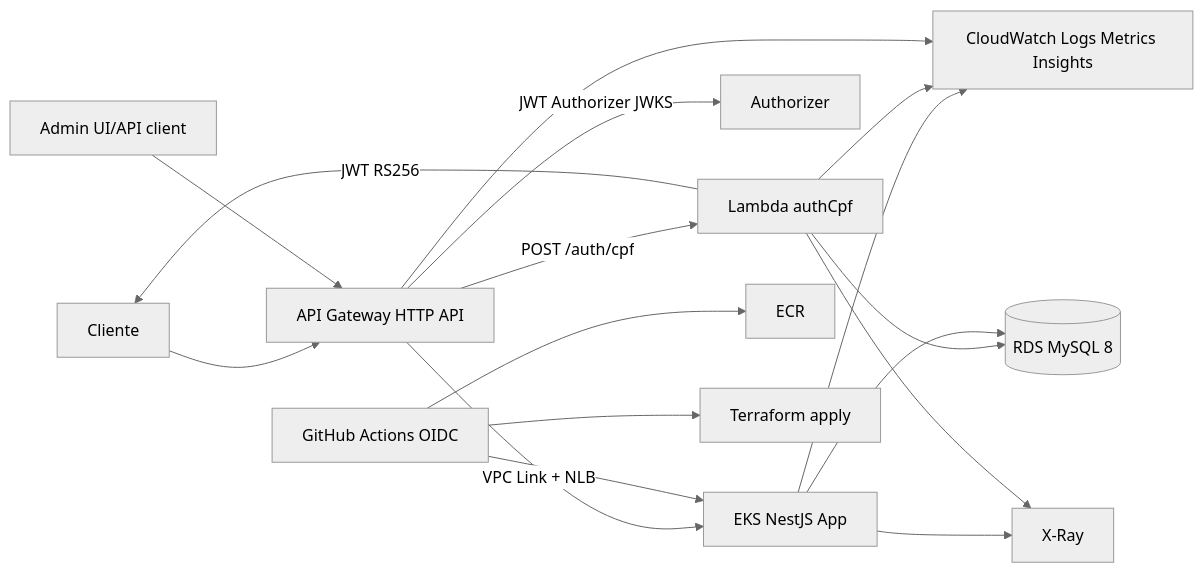
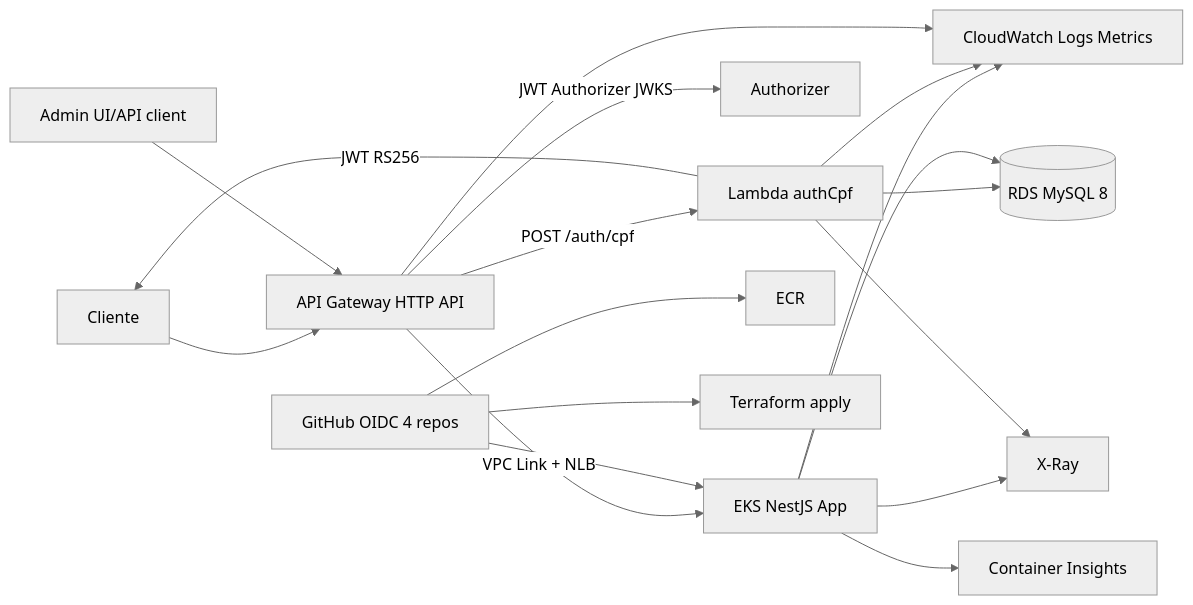
The diagram in docs/architecture/solution-design-fase3.md (dinhogt/autoservicemanager-app), drawn with Mermaid (neutral theme) before and after one commit. The commit also changed other lines of this file and 6 other files, not shown here.

Commit message:
docs(fase3): close rubric gaps — diagrams, ADR-011, ER, delivery-index

````diff
--- a/docs/architecture/solution-design-fase3.md
+++ b/docs/architecture/solution-design-fase3.md
@@ -17,19 +19,20 @@
 ```mermaid
 flowchart LR
   Cliente[Cliente] --> APIGW[API Gateway HTTP API]
   Admin[Admin UI/API client] --> APIGW
   APIGW -->|POST /auth/cpf| Lambda[Lambda authCpf]
   Lambda --> RDS[(RDS MySQL 8)]
   Lambda -->|JWT RS256| Cliente
   APIGW -->|JWT Authorizer JWKS| AuthZ[Authorizer]
   APIGW -->|VPC Link + NLB| EKS[EKS NestJS App]
   EKS --> RDS
-  EKS --> CW[CloudWatch Logs Metrics Insights]
+  EKS --> CW[CloudWatch Logs Metrics]
+  EKS --> CI[Container Insights]
   EKS --> XRay[X-Ray]
   Lambda --> CW
   Lambda --> XRay
   APIGW --> CW
-  GH[GitHub Actions OIDC] --> ECR[ECR]
+  GH[GitHub OIDC 4 repos] --> ECR[ECR]
   GH --> EKS
   GH --> TF[Terraform apply]
 ```
````
